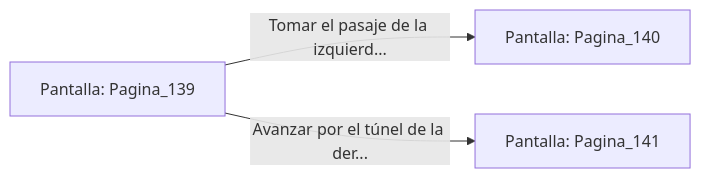
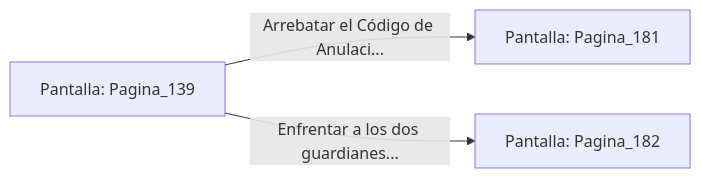
The diagram in sample/eligejuego-vault/Pantalla_Pagina_139.md (metsuke/mpl), drawn with Mermaid before and after one commit. The commit also changed other lines of this file and 635 other files, not shown here.

First line of the commit message:
fix: añadir Pagina_1 como pantalla inicial en capitulo_01.mpl

````diff
--- a/sample/eligejuego-vault/Pantalla_Pagina_139.md
+++ b/sample/eligejuego-vault/Pantalla_Pagina_139.md
@@ -20,6 +24,6 @@
 ```mermaid
 graph LR
     P_Pagina_139["Pantalla: Pagina_139"]
-    P_Pagina_139 -->|"Tomar el pasaje de la izquierd..."| P_Pagina_140["Pantalla: Pagina_140"]
-    P_Pagina_139 -->|"Avanzar por el túnel de la der..."| P_Pagina_141["Pantalla: Pagina_141"]
+    P_Pagina_139 -->|"Arrebatar el Código de Anulaci..."| P_Pagina_181["Pantalla: Pagina_181"]
+    P_Pagina_139 -->|"Enfrentar a los dos guardianes..."| P_Pagina_182["Pantalla: Pagina_182"]
 ```
````
